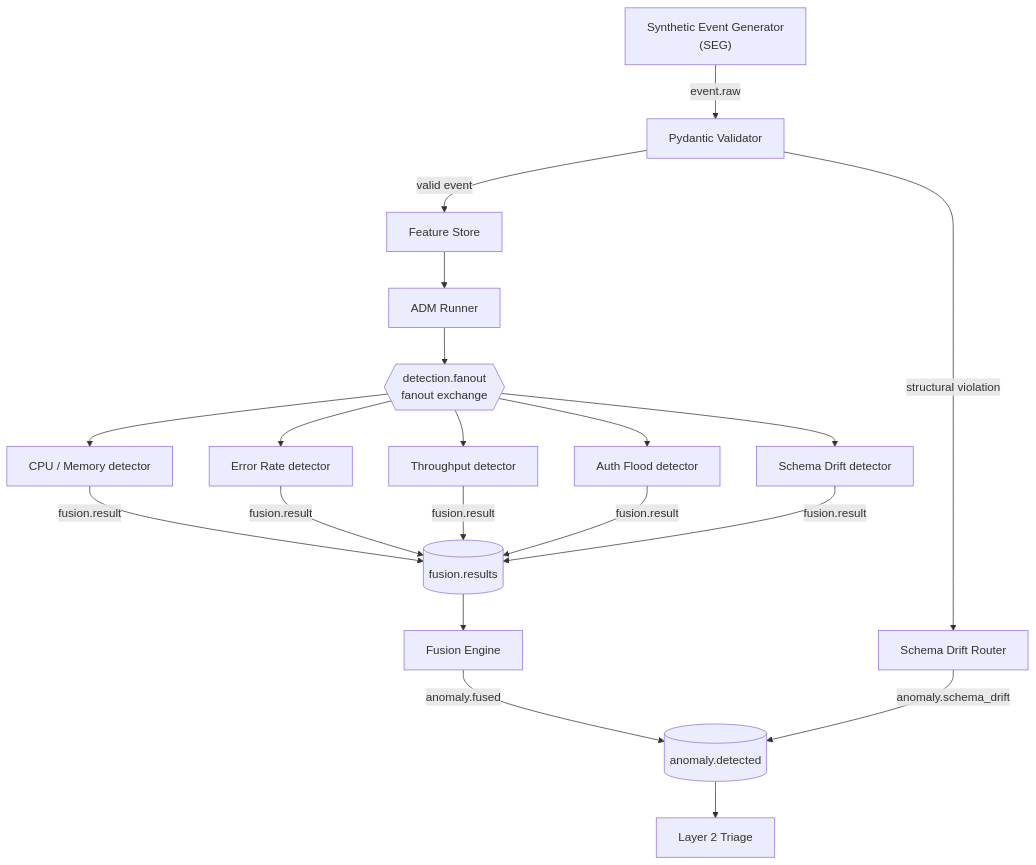
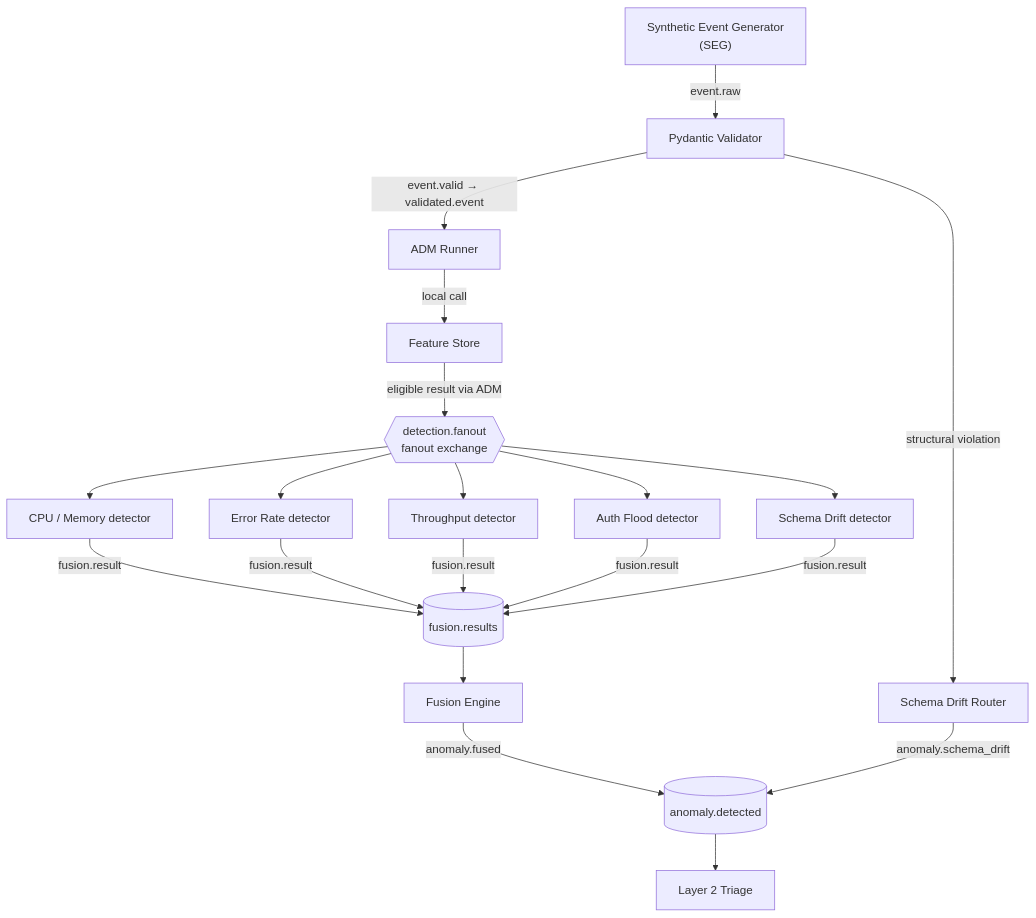
One commit to Spectre206/fyp-pipeline changed the first of 2 diagrams in layer1/README.md. Above: the diagram before and after it, drawn with Mermaid. The commit also changed other lines of this file and 14 other files, not shown here.

````diff
--- a/layer1/README.md
+++ b/layer1/README.md
@@ -64,35 +63,37 @@
 ```mermaid
 flowchart TB
     SEG["Synthetic Event Generator<br/>(SEG)"]
     VAL["Pydantic Validator"]
     ROUTER["Schema Drift Router"]
     FS["Feature Store"]
     ADM["ADM Runner"]
     FANOUT{{detection.fanout<br/>fanout exchange}}
     CPU["CPU / Memory detector"]
     ERR["Error Rate detector"]
     THR["Throughput detector"]
     AUTH["Auth Flood detector"]
     SCH["Schema Drift detector"]
     FQ[("fusion.results")]
     FUS["Fusion Engine"]
     OUT[("anomaly.detected")]
     L2["Layer 2 Triage"]
 
     SEG -->|"event.raw"| VAL
-    VAL -->|"valid event"| FS --> ADM --> FANOUT
+    VAL -->|"event.valid → validated.event"| ADM
+    ADM -->|"local call"| FS
+    FS -->|"eligible result via ADM"| FANOUT
     FANOUT --> CPU
     FANOUT --> ERR
     FANOUT --> THR
     FANOUT --> AUTH
     FANOUT --> SCH
     CPU -->|"fusion.result"| FQ
     ERR -->|"fusion.result"| FQ
     THR -->|"fusion.result"| FQ
     AUTH -->|"fusion.result"| FQ
     SCH -->|"fusion.result"| FQ
     FQ --> FUS -->|"anomaly.fused"| OUT --> L2
 
     VAL -->|"structural violation"| ROUTER
     ROUTER -->|"anomaly.schema_drift"| OUT
 ```
````
